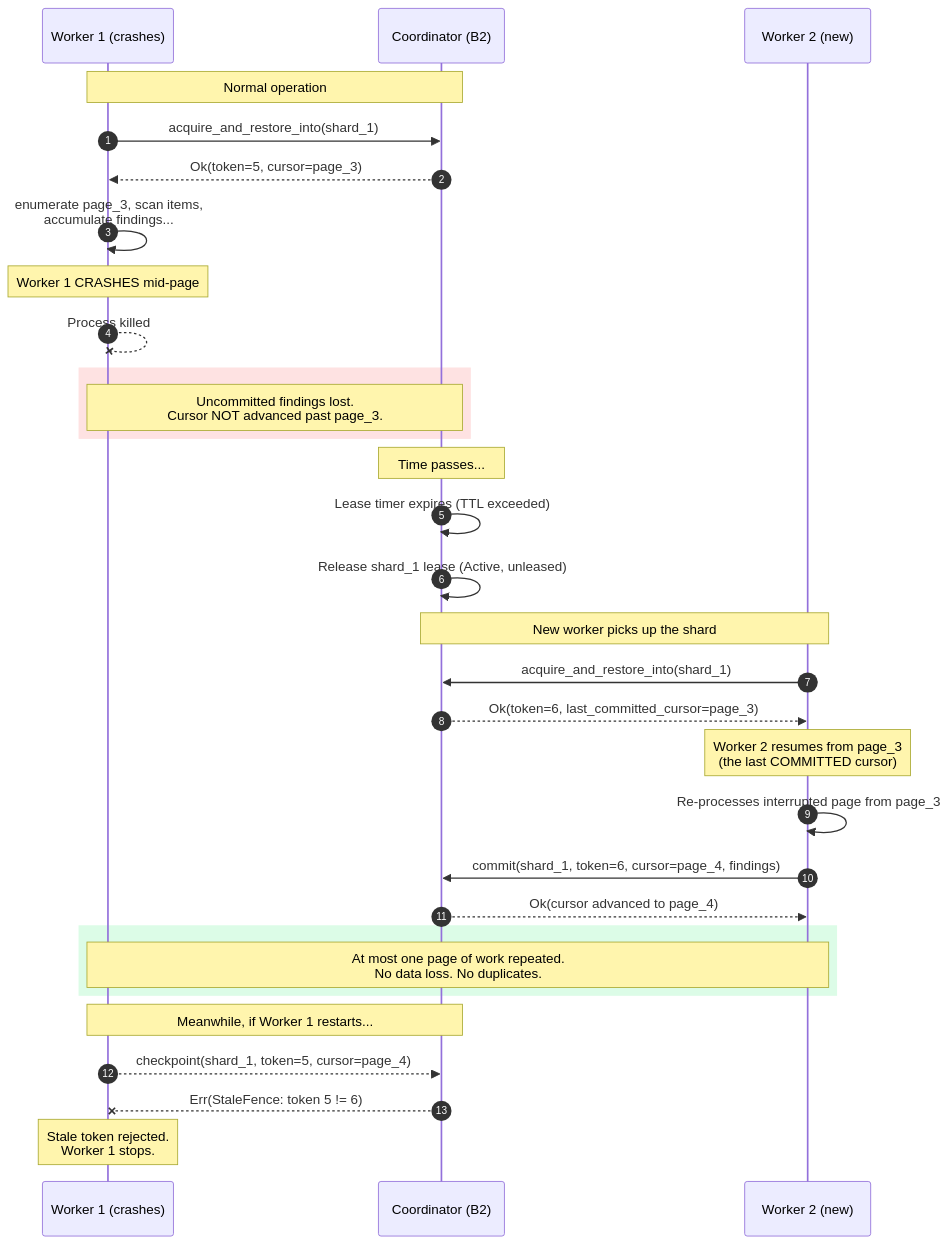
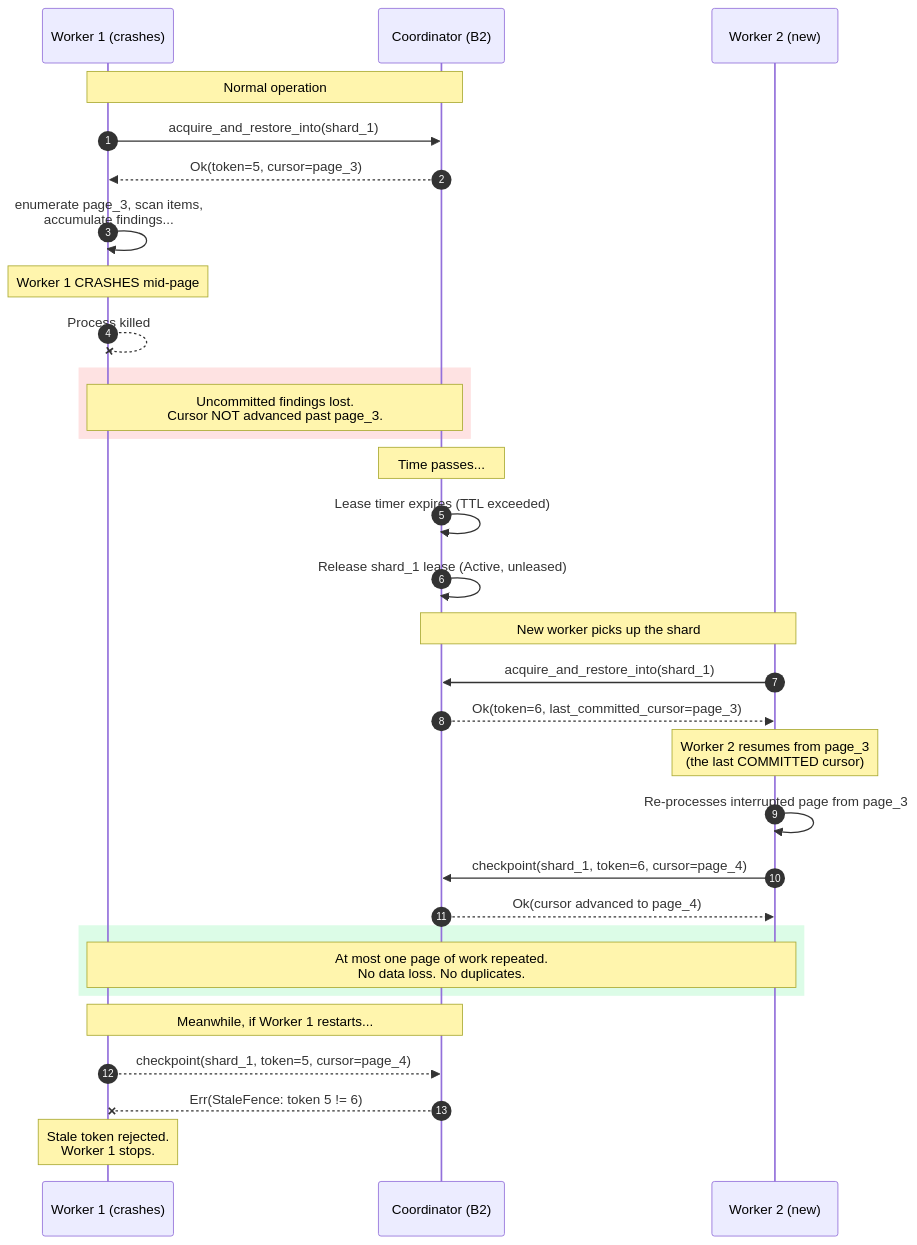
Before and after one commit to ahrav/Gossip-rs: the first of 6 diagrams in diagrams/10-failure-modes-and-recovery.md, drawn with Mermaid. The commit also changed 2 other files, not shown here.

Commit message:
Update boundary dependency diagrams for StableItemId and receipt chaining
- Replace DoneLedgerKey with StableItemId in B5→B1 edges (consistent
  with identity spine)
- Clarify receipt-chained commit semantics: three-stage upserts followed
  by checkpoint
- Distinguish RETRY (cursor unadvanced) from ROLLBACK in failure mode
  diagram
- Fix worker recovery checkpoint call signature in sequence diagram

````diff
--- a/diagrams/10-failure-modes-and-recovery.md
+++ b/diagrams/10-failure-modes-and-recovery.md
@@ -59,43 +59,43 @@
 ```mermaid
 %% Diagram: worker-crash-recovery
 sequenceDiagram
     autonumber
     participant W1 as Worker 1 (crashes)
     participant CO as Coordinator (B2)
     participant W2 as Worker 2 (new)
 
     Note over W1,CO: Normal operation
     W1->>CO: acquire_and_restore_into(shard_1)
     CO-->>W1: Ok(token=5, cursor=page_3)
     W1->>W1: enumerate page_3, scan items,<br/>accumulate findings...
 
     Note over W1: Worker 1 CRASHES mid-page
     W1--xW1: Process killed
 
     rect rgb(254, 226, 226)
         Note over W1,CO: Uncommitted findings lost.<br/>Cursor NOT advanced past page_3.
     end
 
     Note over CO: Time passes...
 
     CO->>CO: Lease timer expires (TTL exceeded)
     CO->>CO: Release shard_1 lease (Active, unleased)
 
     Note over CO,W2: New worker picks up the shard
     W2->>CO: acquire_and_restore_into(shard_1)
     CO-->>W2: Ok(token=6, last_committed_cursor=page_3)
 
     Note over W2: Worker 2 resumes from page_3<br/>(the last COMMITTED cursor)
     W2->>W2: Re-processes interrupted page from page_3
-    W2->>CO: commit(shard_1, token=6, cursor=page_4, findings)
+    W2->>CO: checkpoint(shard_1, token=6, cursor=page_4)
     CO-->>W2: Ok(cursor advanced to page_4)
 
     rect rgb(220, 252, 231)
         Note over W1,W2: At most one page of work repeated.<br/>No data loss. No duplicates.
     end
 
     Note over W1,CO: Meanwhile, if Worker 1 restarts...
     W1-->>CO: checkpoint(shard_1, token=5, cursor=page_4)
     CO--xW1: Err(StaleFence: token 5 != 6)
     Note over W1: Stale token rejected.<br/>Worker 1 stops.
 ```
````
